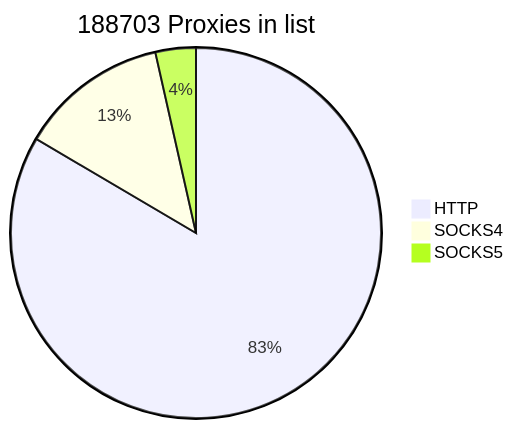
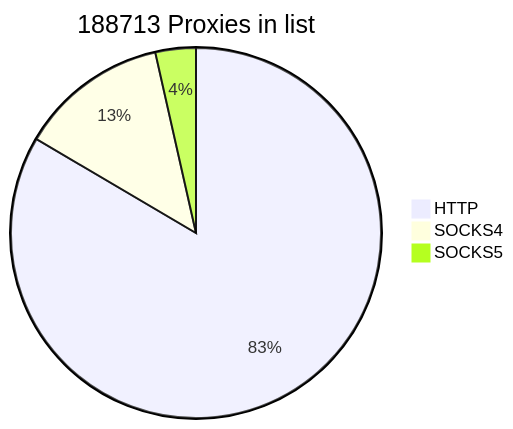
One commit to cutipu/proxylist changed the first of 2 diagrams in README.md. Above: the diagram before and after it, drawn with Mermaid. The commit also changed other lines of this file, not shown here.

````diff
--- a/README.md
+++ b/README.md
@@ -2,7 +2,7 @@
 ```mermaid
-pie title 188703 Proxies in list
-    "HTTP" : 157504
-    "SOCKS4" : 24546
-    "SOCKS5" : 6653
+pie title 188713 Proxies in list
+    "HTTP" : 157503
+    "SOCKS4" : 24545
+    "SOCKS5" : 6665
             
 ```
````
